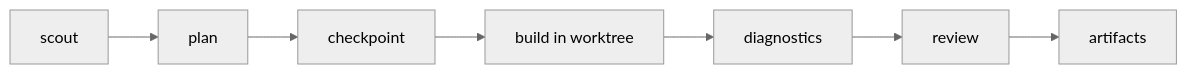
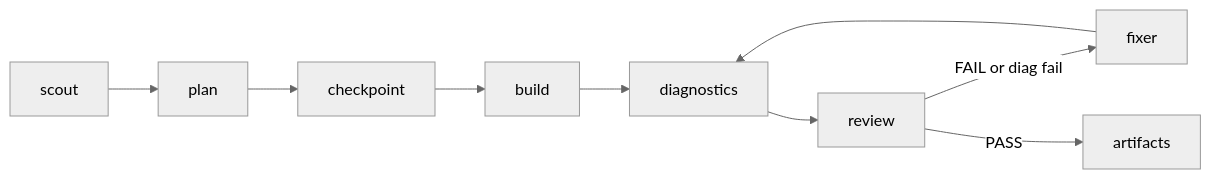
Before and after one commit to ccoussa717/alloy: the seventh of 8 diagrams in README.md, drawn with Mermaid (neutral theme). The commit also changed other lines of this file and 11 other files, not shown here.

````diff
--- a/README.md
+++ b/README.md
@@ -409,4 +410,7 @@
 ```mermaid
 flowchart LR
-  A[scout] --> B[plan] --> C[checkpoint] --> D[build in worktree] --> E[diagnostics] --> F[review] --> G[artifacts]
+  A[scout] --> B[plan] --> C[checkpoint] --> D[build] --> E[diagnostics] --> F[review]
+  F -->|FAIL or diag fail| G[fixer]
+  G --> E
+  F -->|PASS| H[artifacts]
 ```
````
